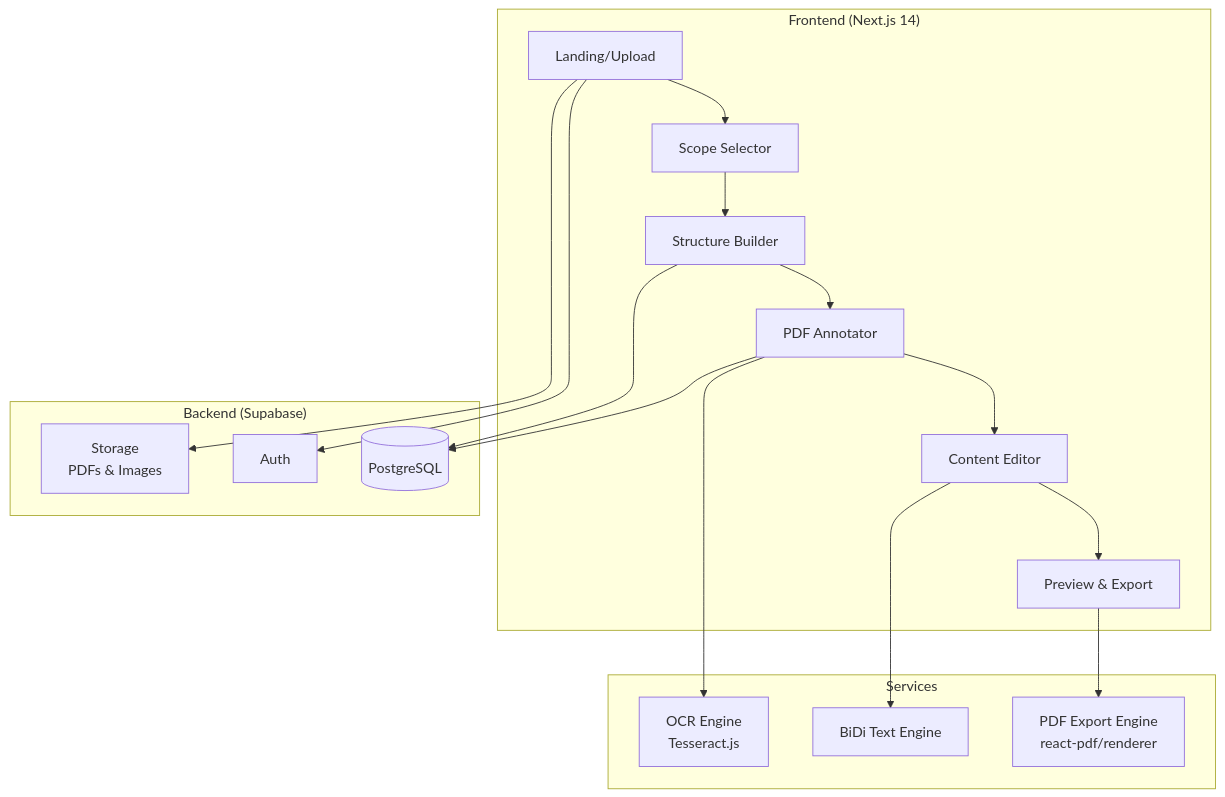
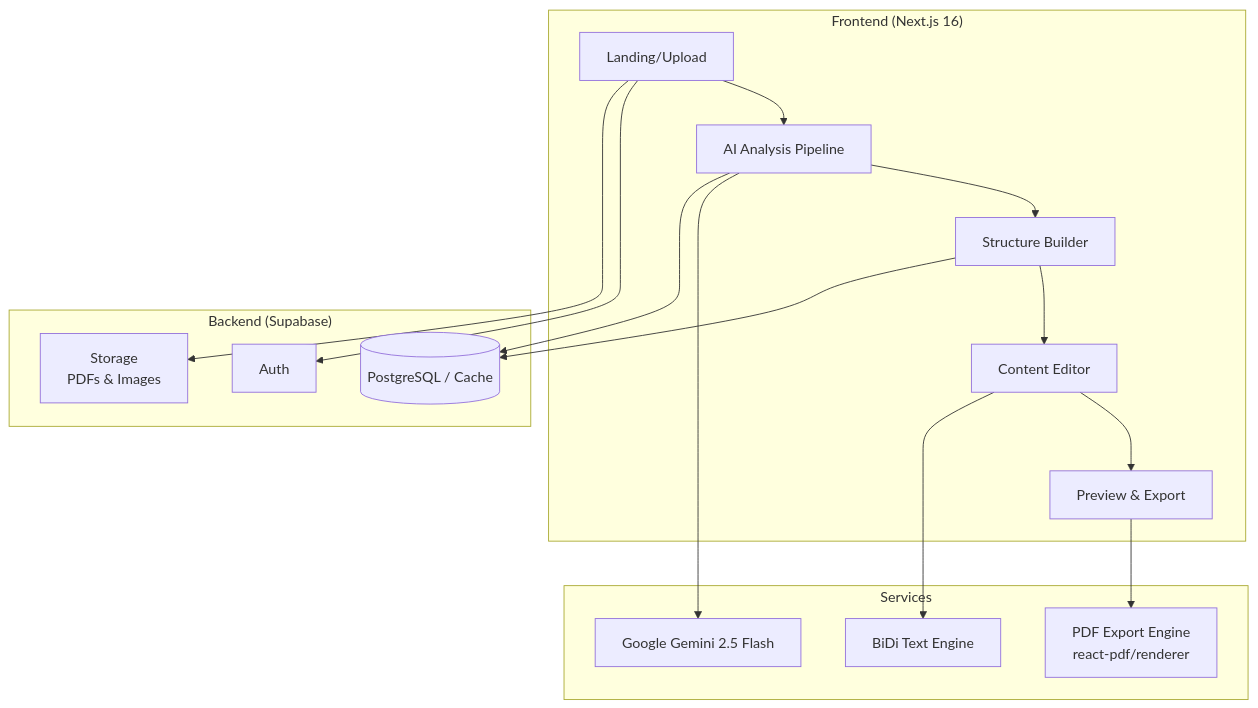
Before and after one commit to itsm0000/AKONY: the diagram in product_documentation.md, drawn with Mermaid. The commit also changed other lines of this file and 20 other files, not shown here.

Commit message:
feat: complete rewrite to AI-driven exam builder with Gemini 2.5 Flash and remove manual PDF annotation

````diff
--- a/product_documentation.md
+++ b/product_documentation.md
@@ -30,30 +29,29 @@
 ```mermaid
 graph TB
-    subgraph "Frontend (Next.js 14)"
-        A[Landing/Upload] --> B[Scope Selector]
+    subgraph "Frontend (Next.js 16)"
+        A[Landing/Upload] --> B[AI Analysis Pipeline]
         B --> C[Structure Builder]
-        C --> D[PDF Annotator]
-        D --> E[Content Editor]
+        C --> E[Content Editor]
         E --> F[Preview & Export]
     end
 
     subgraph "Services"
-        G[OCR Engine<br/>Tesseract.js]
+        G[Google Gemini 2.5 Flash]
         H[BiDi Text Engine]
         I[PDF Export Engine<br/>react-pdf/renderer]
     end
 
     subgraph "Backend (Supabase)"
-        J[(PostgreSQL)]
+        J[(PostgreSQL / Cache)]
         K[Auth]
         L[Storage<br/>PDFs & Images]
     end
 
-    D --> G
+    B --> G
     E --> H
     F --> I
     C --> J
-    D --> J
+    B --> J
     A --> K
     A --> L
 ```
````
